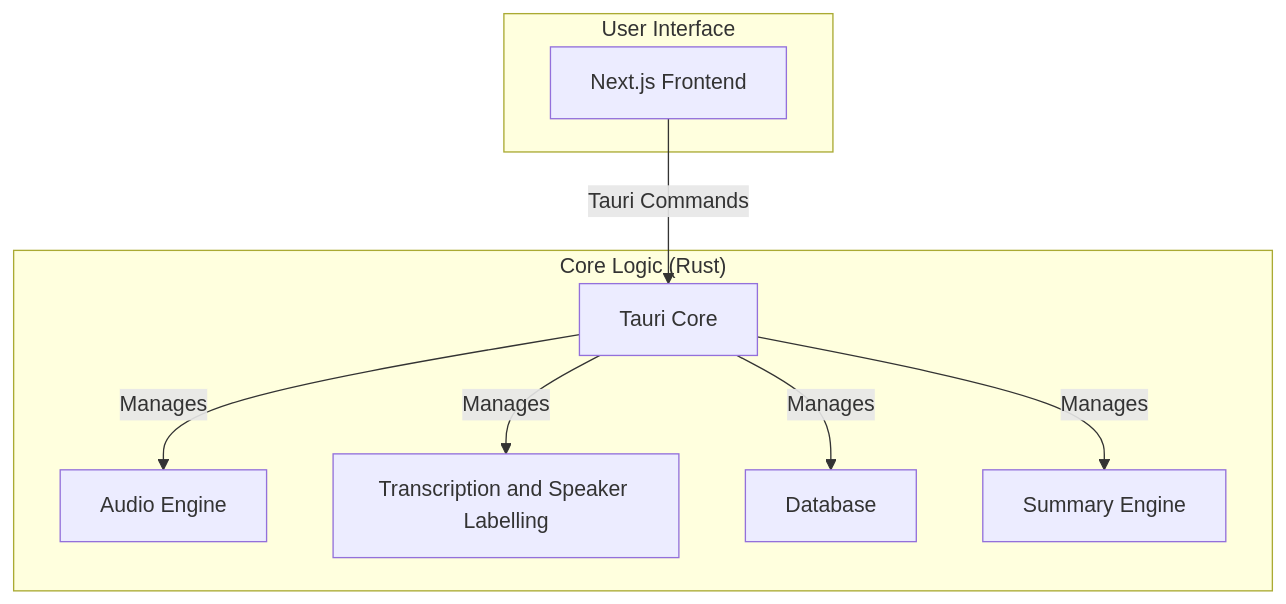
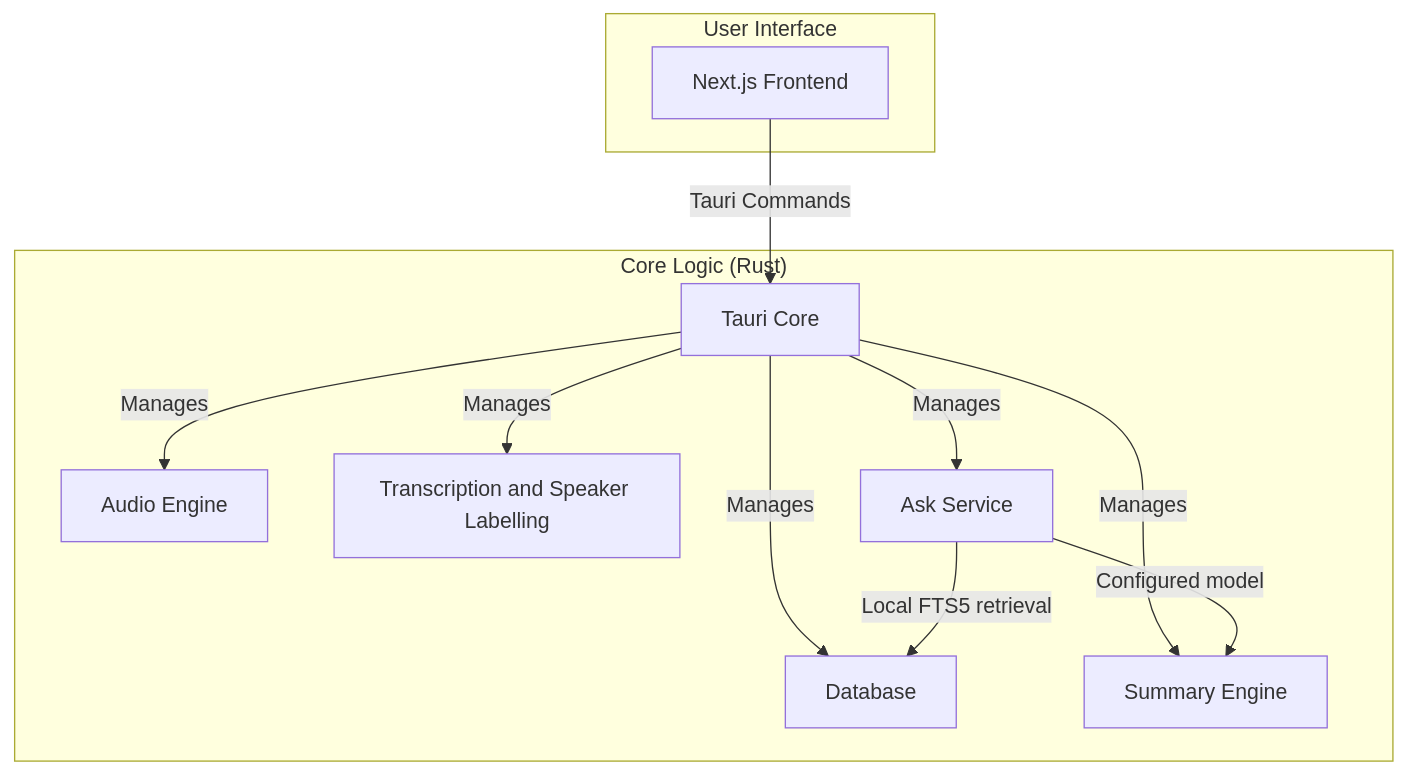
The diagram in docs/architecture.md (Schramm2/Atrium), drawn with Mermaid before and after one commit. The commit also changed other lines of this file and 22 other files, not shown here.

````diff
--- a/docs/architecture.md
+++ b/docs/architecture.md
@@ -7,20 +7,24 @@
 ```mermaid
 graph TD
     subgraph User Interface
         A[Next.js Frontend]
     end
 
     subgraph "Core Logic (Rust)"
         B[Tauri Core]
         C[Audio Engine]
         D[Transcription and Speaker Labelling]
         E[Database]
         F[Summary Engine]
+        G[Ask Service]
     end
 
     A -- Tauri Commands --> B
     B -- Manages --> C
     B -- Manages --> D
     B -- Manages --> E
     B -- Manages --> F
+    B -- Manages --> G
+    G -- Local FTS5 retrieval --> E
+    G -- Configured model --> F
 ```
````
